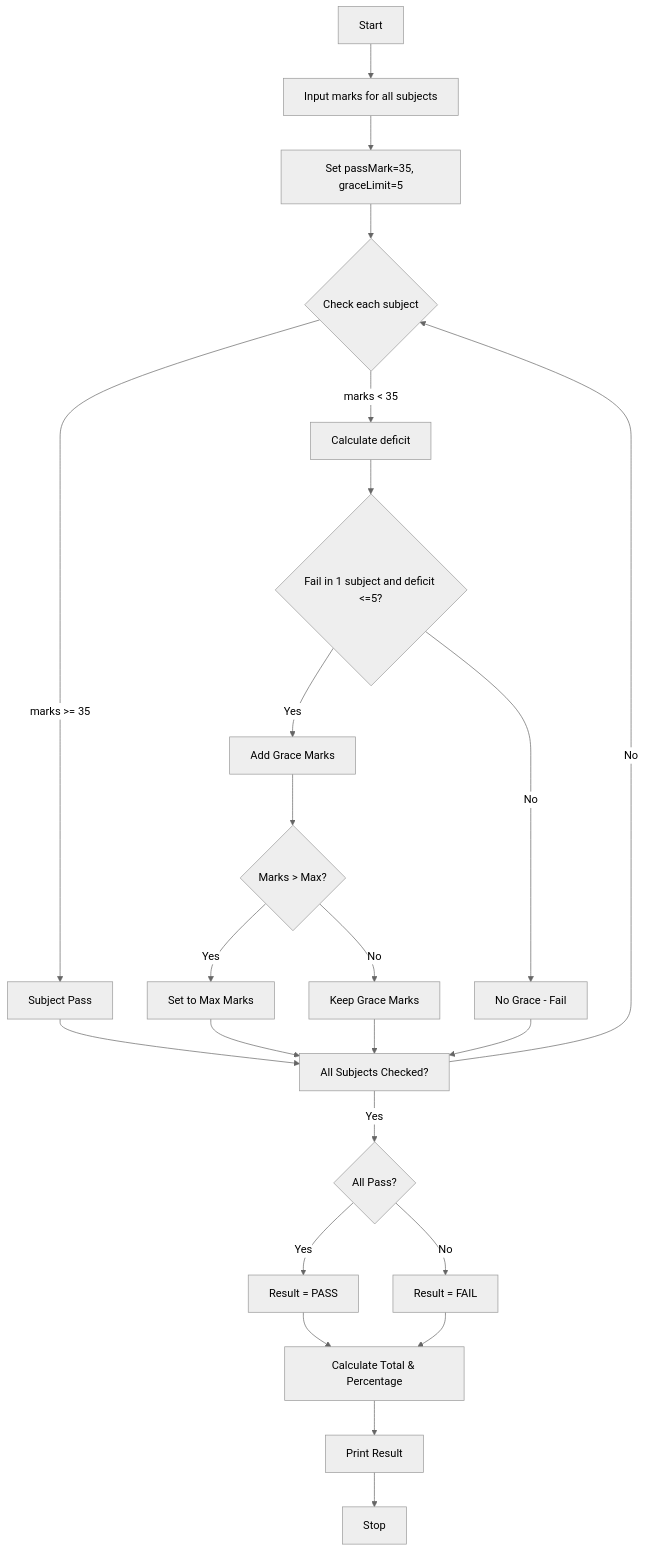
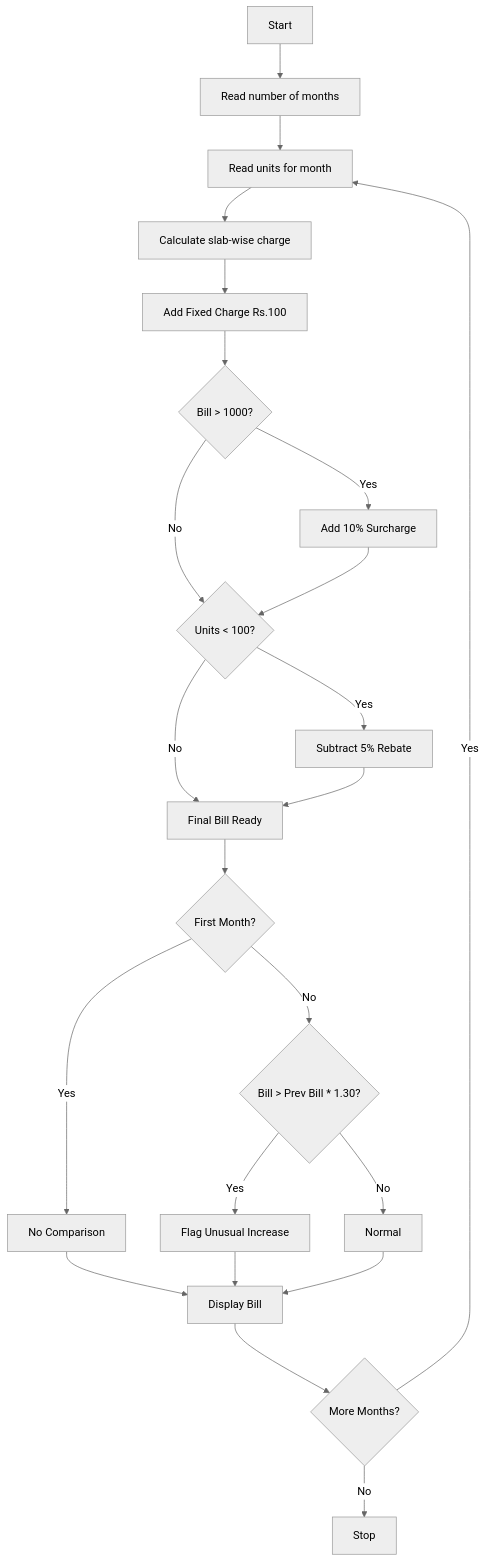
The diagram in Task-3/CODE.md (LakshmiPrasanna321/Python-Activity-Based-Learning), drawn with Mermaid (neutral theme) before and after one commit. The commit also changed other lines of this file, not shown here.

````diff
--- a/Task-3/CODE.md
+++ b/Task-3/CODE.md
@@ -17,26 +22,25 @@
 ```mermaid
 flowchart TD
-    A[Start] --> B[Input marks for all subjects]
-    B --> C[Set passMark=35, graceLimit=5]
-    C --> D{Check each subject}
-    D -->|marks >= 35| E[Subject Pass]
-    D -->|marks < 35| F[Calculate deficit]
-    F --> G{Fail in 1 subject and deficit <=5?}
-    G -->|Yes| H[Add Grace Marks]
-    G -->|No| I[No Grace - Fail]
-    H --> J{Marks > Max?}
-    J -->|Yes| K[Set to Max Marks]
-    J -->|No| L[Keep Grace Marks]
-    E --> M[All Subjects Checked?]
-    L --> M
-    I --> M
-    K --> M
-    M -->|No| D
-    M -->|Yes| N{All Pass?}
-    N -->|Yes| O[Result = PASS]
-    N -->|No| P[Result = FAIL]
-    O --> Q[Calculate Total & Percentage]
-    P --> Q
-    Q --> R[Print Result]
-    R --> S[Stop]
+    A[Start] --> B[Read number of months]
+    B --> C[Read units for month]
+    C --> D[Calculate slab-wise charge]
+    D --> E[Add Fixed Charge Rs.100]
+    E --> F{Bill > 1000?}
+    F -- Yes --> G[Add 10% Surcharge]
+    F -- No --> H{Units < 100?}
+    G --> H
+    H -- Yes --> I[Subtract 5% Rebate]
+    H -- No --> J[Final Bill Ready]
+    I --> J
+    J --> K{First Month?}
+    K -- Yes --> L[No Comparison]
+    K -- No --> M{Bill > Prev Bill * 1.30?}
+    M -- Yes --> N[Flag Unusual Increase]
+    M -- No --> O[Normal]
+    L --> P[Display Bill]
+    N --> P
+    O --> P
+    P --> Q{More Months?}
+    Q -- Yes --> C
+    Q -- No --> R[Stop]
 ```
````
